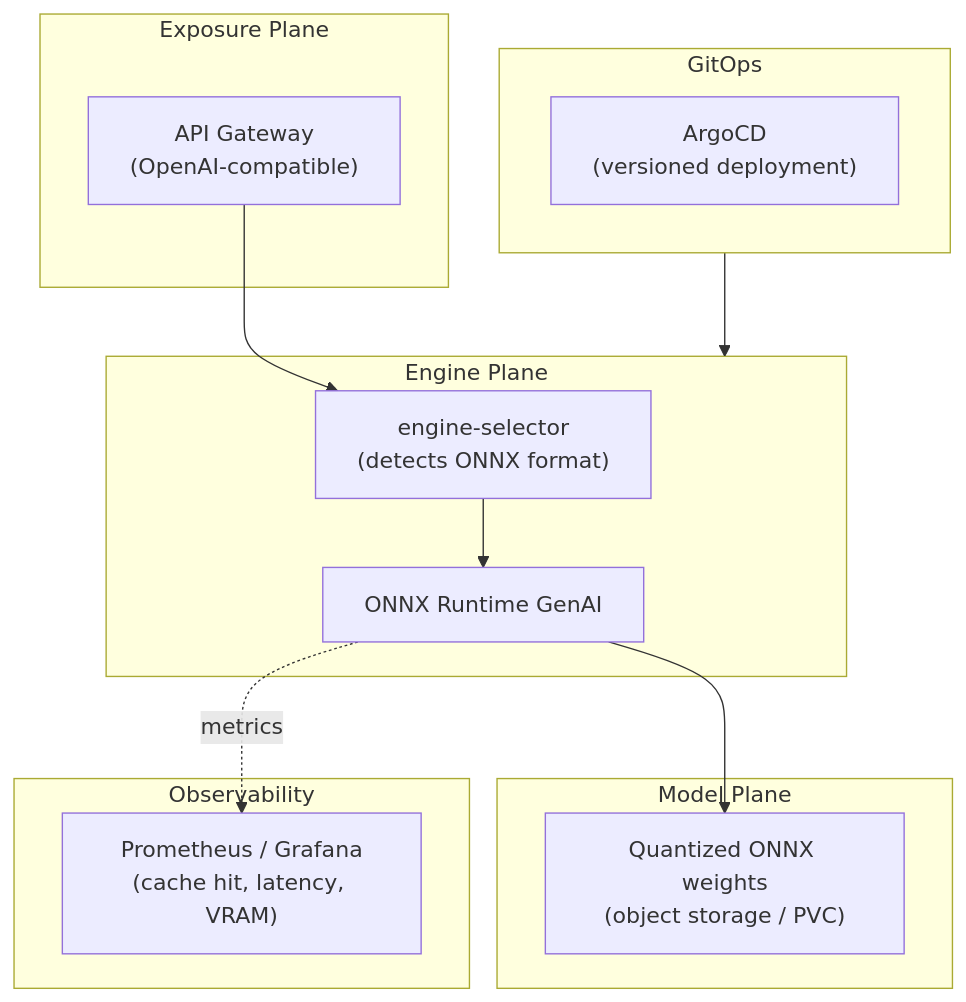
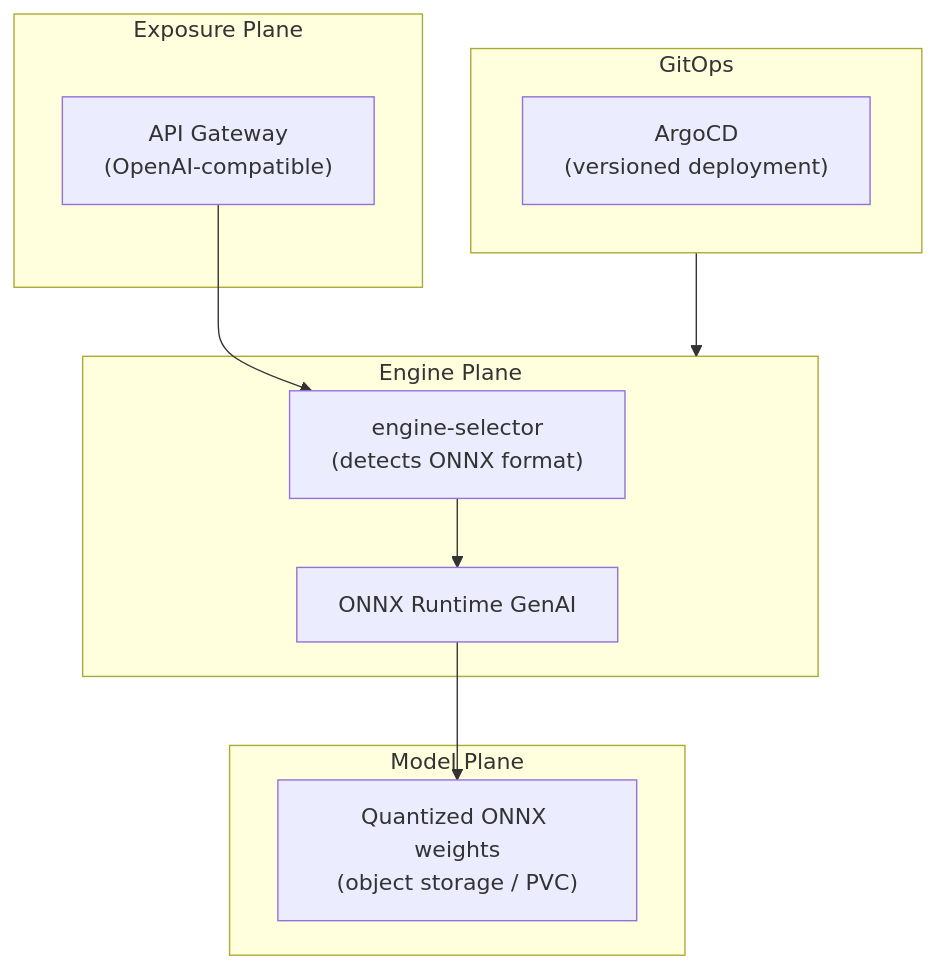
Before and after one commit to ADORSYS-GIS/Custom-Ai-Ops: diagram 11 of 11 in docs/explain/onnx.md, drawn with Mermaid. The commit also changed other lines of this file and 111 other files, not shown here.

````diff
--- a/docs/explain/onnx.md
+++ b/docs/explain/onnx.md
@@ -652,22 +652,18 @@
 ```mermaid
 flowchart TB
     subgraph EXPO["Exposure Plane"]
         GW["API Gateway\n(OpenAI-compatible)"]
     end
     subgraph ENGINE["Engine Plane"]
         SEL["engine-selector\n(detects ONNX format)"]
         ORT["ONNX Runtime GenAI"]
     end
     subgraph MODEL["Model Plane"]
         STORE["Quantized ONNX weights\n(object storage / PVC)"]
     end
-    subgraph OBS["Observability"]
-        PROM["Prometheus / Grafana\n(cache hit, latency, VRAM)"]
-    end
     subgraph GITOPS["GitOps"]
         ARGO["ArgoCD\n(versioned deployment)"]
     end
     GW --> SEL --> ORT --> STORE
-    ORT -.metrics.-> PROM
     GITOPS --> ENGINE
 ```
````
